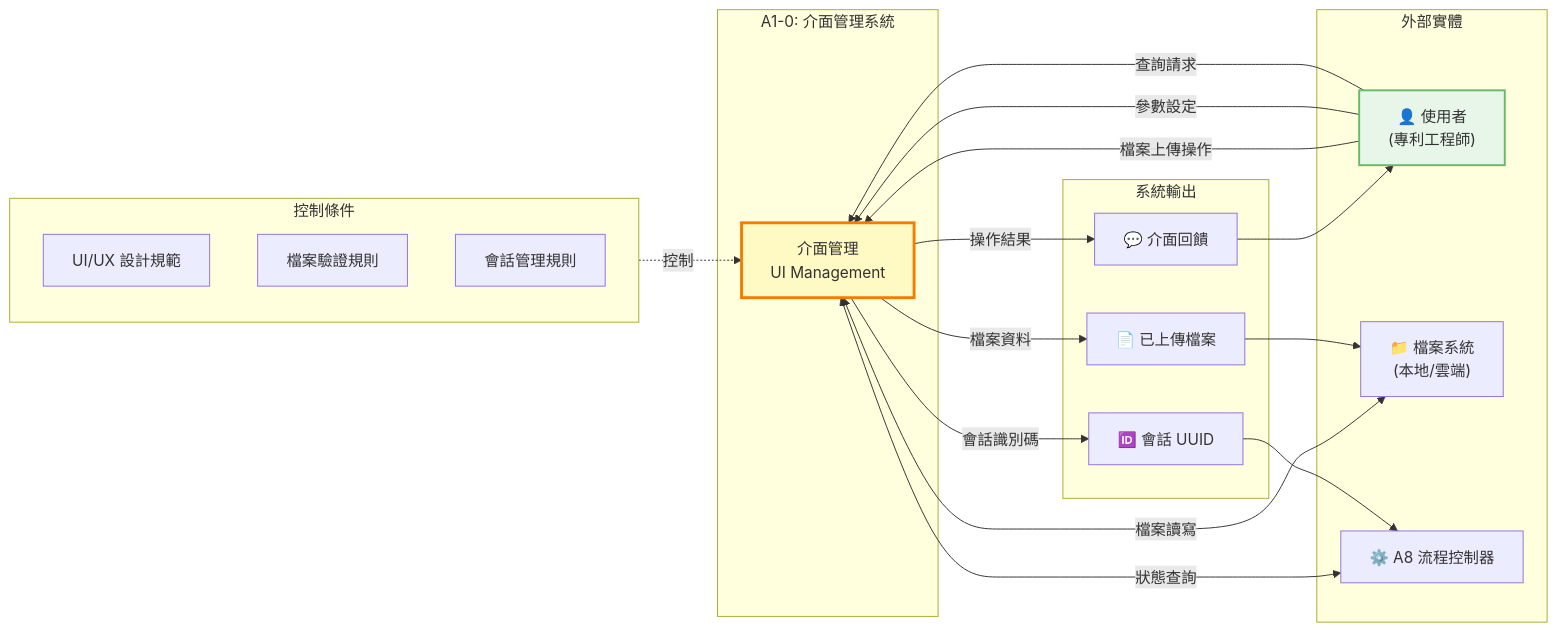
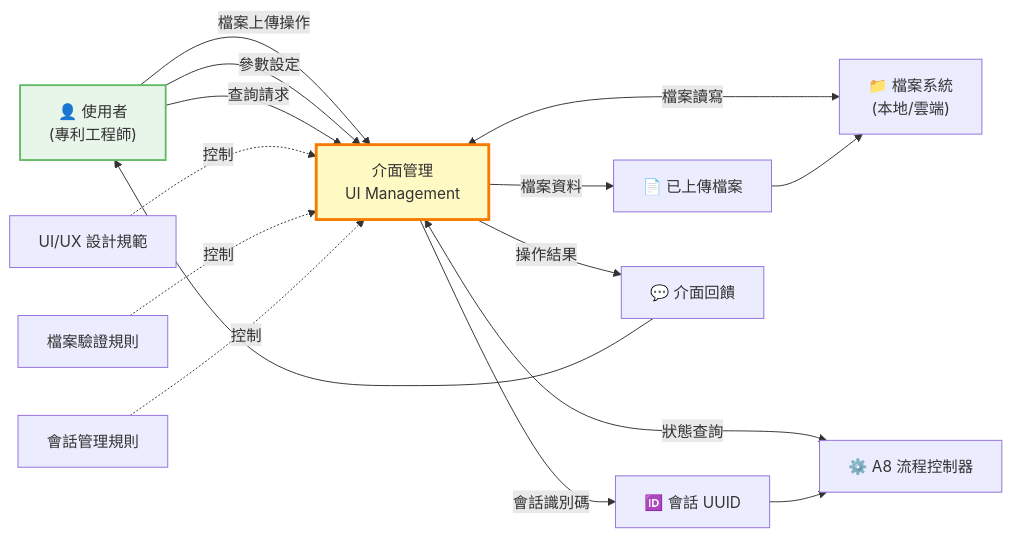
The first of 9 diagrams in docs/A1_UI_Management_IDEF0.md (Raw1mage/PatentDrafter), drawn with Mermaid before and after one commit. The commit also changed other lines of this file and 13 other files, not shown here.

First line of the commit message:
修復所有 Mermaid 圖表語法問題

````diff
--- a/docs/A1_UI_Management_IDEF0.md
+++ b/docs/A1_UI_Management_IDEF0.md
@@ -49,44 +49,35 @@
 ```mermaid
-graph LR
-    subgraph External["外部實體"]
-        User["👤 使用者<br/>(專利工程師)"]
-        FS["📁 檔案系統<br/>(本地/雲端)"]
-        A8["⚙️ A8 流程控制器"]
-    end
-
-    subgraph A1_System["A1-0: 介面管理系統"]
-        A1["介面管理<br/>UI Management"]
-    end
-
-    subgraph Controls["控制條件"]
-        UIRules["UI/UX 設計規範"]
-        FileRules["檔案驗證規則"]
-        SessionRules["會話管理規則"]
-    end
-
-    subgraph Outputs["系統輸出"]
-        UploadedFile["📄 已上傳檔案"]
-        SessionID["🆔 會話 UUID"]
-        Feedback["💬 介面回饋"]
-    end
+flowchart LR
+    User["👤 使用者<br/>(專利工程師)"]
+    FS["📁 檔案系統<br/>(本地/雲端)"]
+    A8["⚙️ A8 流程控制器"]
+    A1["介面管理<br/>UI Management"]
+    UIRules["UI/UX 設計規範"]
+    FileRules["檔案驗證規則"]
+    SessionRules["會話管理規則"]
+    UploadedFile["📄 已上傳檔案"]
+    SessionID["🆔 會話 UUID"]
+    Feedback["💬 介面回饋"]
 
     User -->|檔案上傳操作| A1
     User -->|參數設定| A1
     User -->|查詢請求| A1
 
-    Controls -.控制.-> A1
+    UIRules -.控制.-> A1
+    FileRules -.控制.-> A1
+    SessionRules -.控制.-> A1
 
     A1 -->|檔案資料| UploadedFile
     A1 -->|會話識別碼| SessionID
     A1 -->|操作結果| Feedback
 
     A1 <-->|檔案讀寫| FS
     A1 <-->|狀態查詢| A8
 
     UploadedFile --> FS
     SessionID --> A8
     Feedback --> User
 
     style A1 fill:#FFF9C4,stroke:#F57C00,stroke-width:3px
     style User fill:#E8F5E9,stroke:#66BB6A,stroke-width:2px
 ```
````
